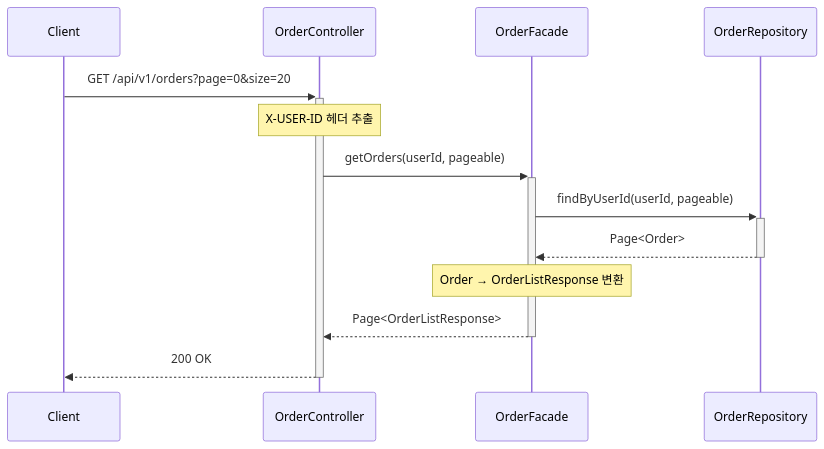
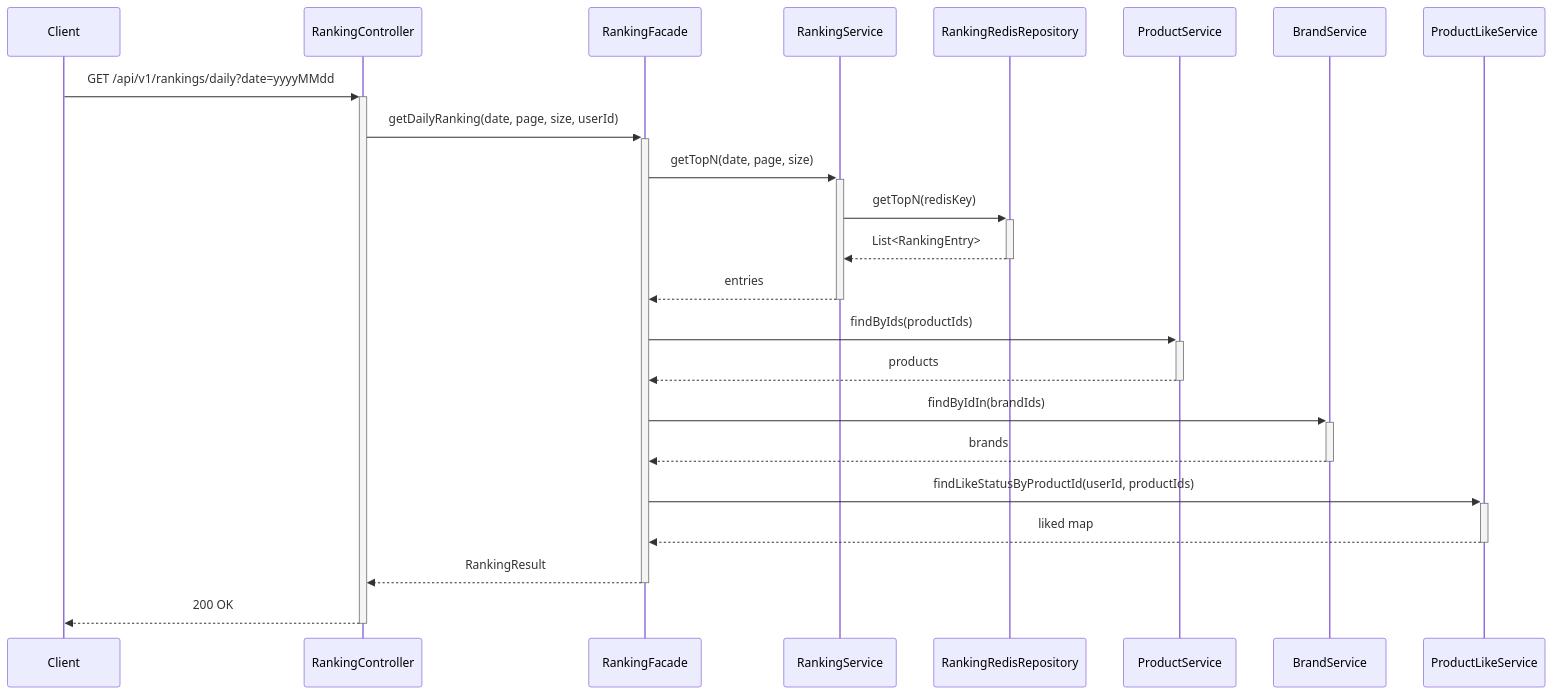
The ninth of 10 diagrams in docs/design/02-sequence-diagrams.md (JeonJe/commerce-backend), drawn with Mermaid before and after one commit. The commit also changed other lines of this file and 9 other files, not shown here.

````diff
--- a/docs/design/02-sequence-diagrams.md
+++ b/docs/design/02-sequence-diagrams.md
@@ -657,20 +379,29 @@
 ```mermaid
 sequenceDiagram
     participant Client
-    participant OrderController
-    participant OrderFacade
-    participant OrderRepository
+    participant RankingController
+    participant RankingFacade
+    participant RankingService
+    participant RankingRepo as RankingRedisRepository
+    participant ProductService
+    participant BrandService
+    participant ProductLikeService
 
-    Client->>+OrderController: GET /api/v1/orders?page=0&size=20
-    Note over OrderController: X-USER-ID 헤더 추출
+    Client->>+RankingController: GET /api/v1/rankings/daily?date=yyyyMMdd
+    RankingController->>+RankingFacade: getDailyRanking(date, page, size, userId)
 
-    OrderController->>+OrderFacade: getOrders(userId, pageable)
+    RankingFacade->>+RankingService: getTopN(date, page, size)
+    RankingService->>+RankingRepo: getTopN(redisKey)
+    RankingRepo-->>-RankingService: List<RankingEntry>
+    RankingService-->>-RankingFacade: entries
 
-    OrderFacade->>+OrderRepository: findByUserId(userId, pageable)
-    OrderRepository-->>-OrderFacade: Page<Order>
+    RankingFacade->>+ProductService: findByIds(productIds)
+    ProductService-->>-RankingFacade: products
+    RankingFacade->>+BrandService: findByIdIn(brandIds)
+    BrandService-->>-RankingFacade: brands
+    RankingFacade->>+ProductLikeService: findLikeStatusByProductId(userId, productIds)
+    ProductLikeService-->>-RankingFacade: liked map
 
-    Note over OrderFacade: Order → OrderListResponse 변환
-
-    OrderFacade-->>-OrderController: Page<OrderListResponse>
-    OrderController-->>-Client: 200 OK
+    RankingFacade-->>-RankingController: RankingResult
+    RankingController-->>-Client: 200 OK
 ```
````
